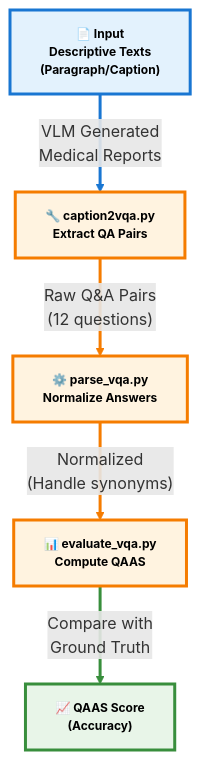
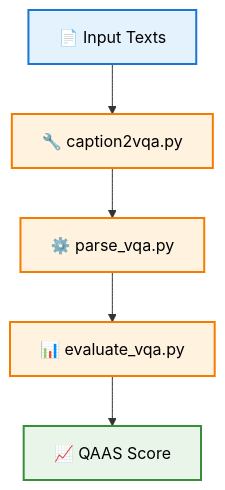
The first of 2 diagrams in README.md (bhattarailab/Hallucination-Aware-VLM), drawn with Mermaid before and after one commit. The commit also changed other lines of this file, not shown here.

Commit message:
edit mermaid

````diff
--- a/README.md
+++ b/README.md
@@ -94,26 +94,21 @@
 ```mermaid
 flowchart TD
-    classDef inputStyle fill:#E3F2FD,stroke:#1976D2,stroke-width:3px,color:#000,font-weight:bold,font-size:12px
-    classDef scriptStyle fill:#FFF3E0,stroke:#F57C00,stroke-width:3px,color:#000,font-weight:bold,font-size:12px
-    classDef outputStyle fill:#E8F5E8,stroke:#388E3C,stroke-width:3px,color:#000,font-weight:bold,font-size:12px
+    classDef inputStyle fill:#E3F2FD,stroke:#1976D2,stroke-width:2px,color:#000
+    classDef scriptStyle fill:#FFF3E0,stroke:#F57C00,stroke-width:2px,color:#000
+    classDef outputStyle fill:#E8F5E8,stroke:#388E3C,stroke-width:2px,color:#000
 
-    A["📄 Input<br/>Descriptive Texts<br/>(Paragraph/Caption)"]
-    B["🔧 caption2vqa.py<br/>Extract QA Pairs"]
-    C["⚙️ parse_vqa.py<br/>Normalize Answers"]
-    D["📊 evaluate_vqa.py<br/>Compute QAAS"]
-    E["📈 QAAS Score<br/>(Accuracy)"]
+    A["📄 Input Texts"]
+    B["🔧 caption2vqa.py"]
+    C["⚙️ parse_vqa.py"]
+    D["📊 evaluate_vqa.py"]
+    E["📈 QAAS Score"]
 
     class A inputStyle
     class B,C,D scriptStyle
     class E outputStyle
 
-    A -->|"VLM Generated<br/>Medical Reports"| B
-    B -->|"Raw Q&A Pairs<br/>(12 questions)"| C
-    C -->|"Normalized<br/>(Handle synonyms)"| D
-    D -->|"Compare with<br/>Ground Truth"| E
-
-    linkStyle 0 stroke:#1976D2,stroke-width:3px
-    linkStyle 1 stroke:#F57C00,stroke-width:3px
-    linkStyle 2 stroke:#F57C00,stroke-width:3px
-    linkStyle 3 stroke:#388E3C,stroke-width:3px
+    A --> B
+    B --> C
+    C --> D
+    D --> E
 ```
````
